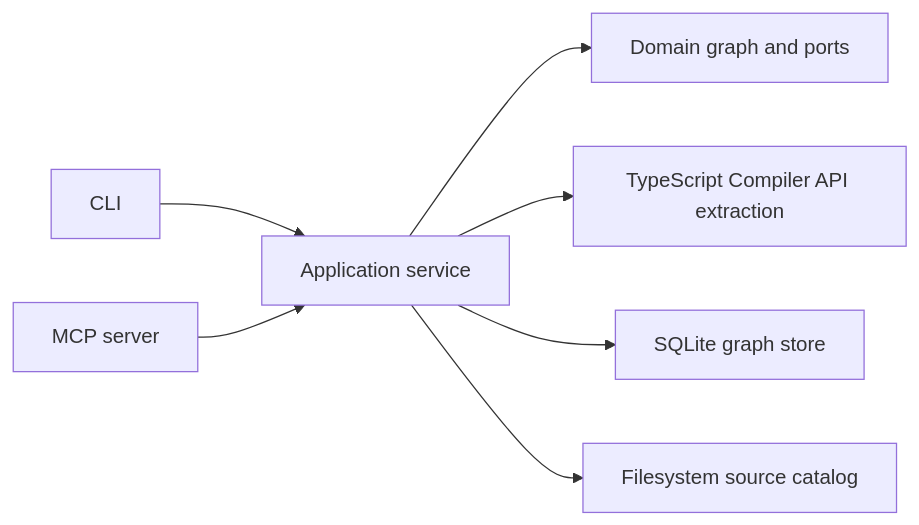
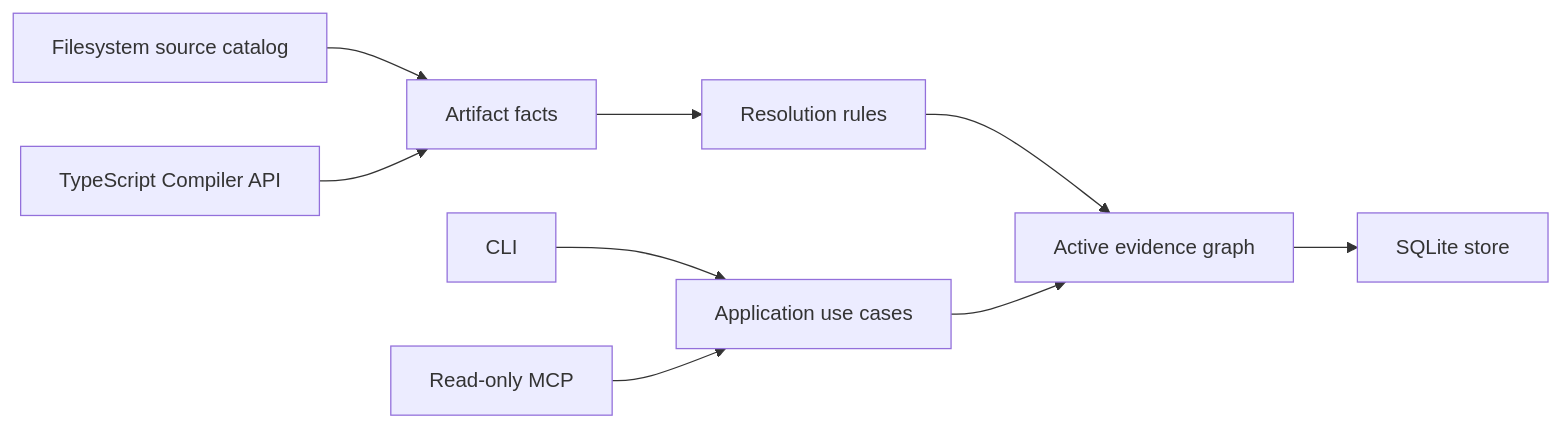
Before and after one commit to HsinPu/SymbolLattice: the diagram in README.md, drawn with Mermaid. The commit also changed other lines of this file and 23 other files, not shown here.

````diff
--- a/README.md
+++ b/README.md
@@ -120,9 +146,11 @@
 ```mermaid
 flowchart LR
-  CLI[CLI] --> Service[Application service]
-  MCP[MCP server] --> Service
-  Service --> Domain[Domain graph and ports]
-  Service --> Extraction[TypeScript Compiler API extraction]
-  Service --> Storage[SQLite graph store]
-  Service --> Files[Filesystem source catalog]
+  CLI["CLI"] --> UseCases["Application use cases"]
+  MCP["Read-only MCP"] --> UseCases
+  Catalog["Filesystem source catalog"] --> Facts["Artifact facts"]
+  Extractor["TypeScript Compiler API"] --> Facts
+  Facts --> Resolver["Resolution rules"]
+  Resolver --> Graph["Active evidence graph"]
+  UseCases --> Graph
+  Graph --> SQLite["SQLite store"]
 ```
````
